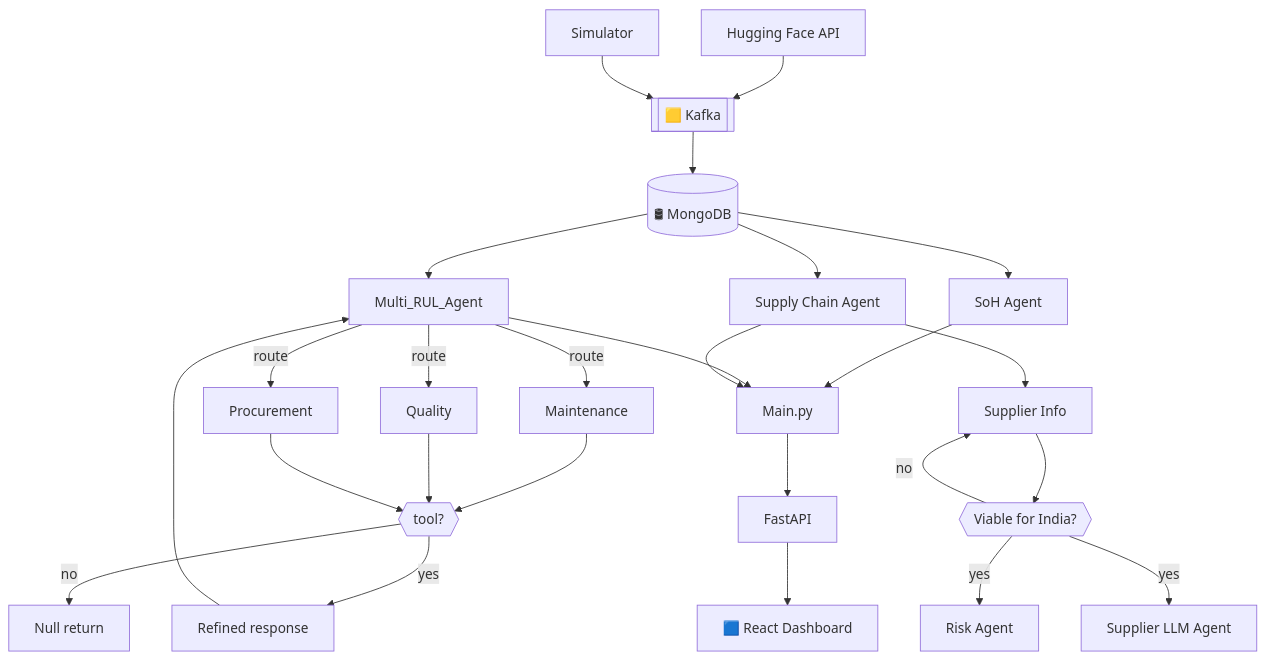
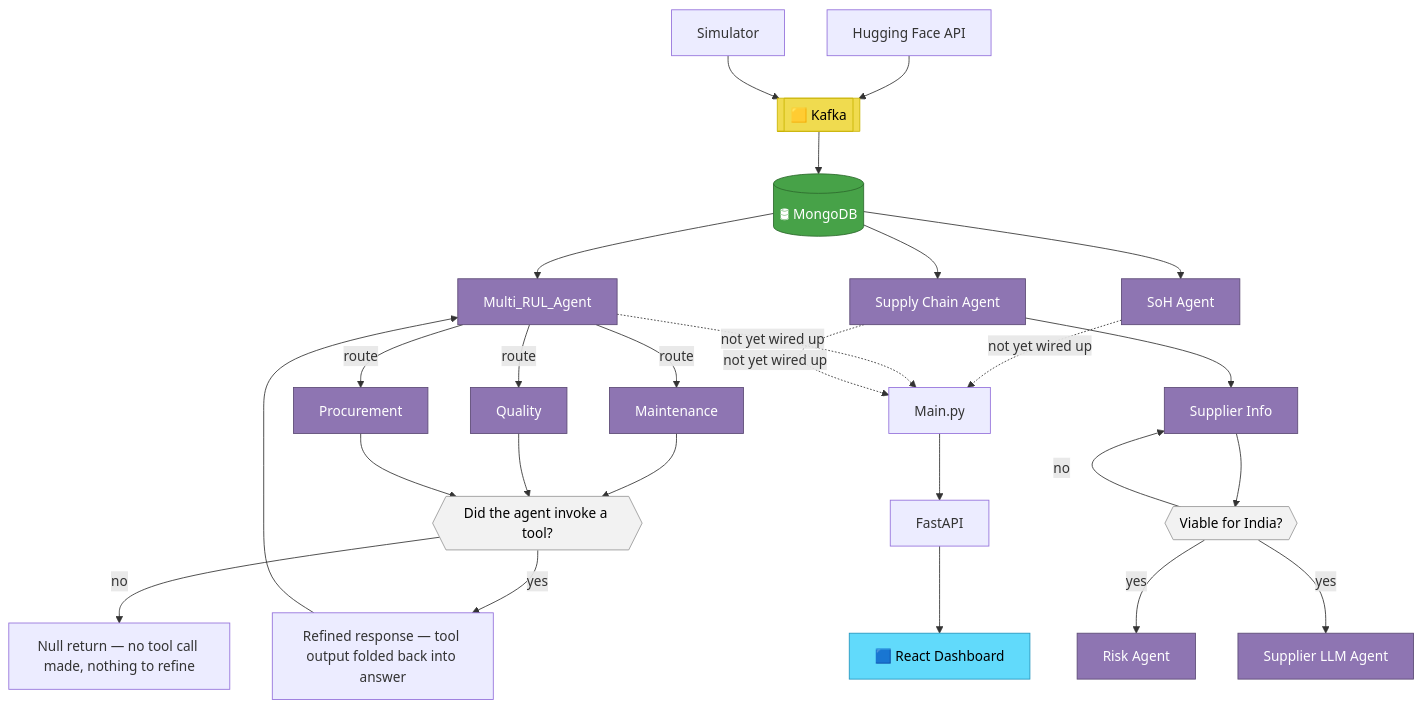
The diagram in README.md (Arsh123344423/SkillCAD_EV_V1), drawn with Mermaid before and after one commit. The commit also changed other lines of this file, not shown here.

````diff
--- a/README.md
+++ b/README.md
@@ -33,20 +34,29 @@
 ```mermaid
 flowchart TB
     HF["Hugging Face API"] --> KAFKA[["🟨 Kafka"]]
     SIM["Simulator"] --> KAFKA
     KAFKA --> MONGO[("🛢 MongoDB")]
-
     MONGO --> SOH["SoH Agent"]
     MONGO --> RUL["Multi_RUL_Agent"]
     RUL -->|route| MAINT["Maintenance"] & QUAL["Quality"] & PROC["Procurement"]
-    MAINT & QUAL & PROC --> DEC1{{"tool?"}}
-    DEC1 -->|no| NULLV["Null return"]
-    DEC1 -->|yes| REFINE["Refined response"] --> RUL
-
+    MAINT & QUAL & PROC --> DEC1{{"Did the agent invoke a tool?"}}
+    DEC1 -->|no| NULLV["Null return — no tool call made, nothing to refine"]
+    DEC1 -->|yes| REFINE["Refined response — tool output folded back into answer"] --> RUL
     MONGO --> SCM["Supply Chain Agent"]
     SCM --> SUPINFO["Supplier Info"] --> DEC2{{"Viable for India?"}}
     DEC2 -->|yes| RISK["Risk Agent"] & SUPLLM["Supplier LLM Agent"]
     DEC2 -->|no| SUPINFO
+    SOH & RUL & SCM -.->|not yet wired up| MAINP["Main.py"] --> API["FastAPI"] --> REACT["🟦 React Dashboard"]
 
-    SOH & RUL & SCM --> MAINP["Main.py"] --> API["FastAPI"] --> REACT["🟦 React Dashboard"]
+    classDef llmAgent fill:#8E75B2,color:#fff,stroke:#5c4a75;
+    classDef db fill:#47A248,color:#fff,stroke:#2d6b2d;
+    classDef stream fill:#F0DB4F,color:#000,stroke:#c9b400;
+    classDef decision fill:#f2f2f2,color:#000,stroke:#999;
+    classDef frontend fill:#61DAFB,color:#000,stroke:#2596be;
+
+    class SOH,RUL,MAINT,QUAL,PROC,SCM,SUPINFO,RISK,SUPLLM llmAgent;
+    class MONGO db;
+    class KAFKA stream;
+    class DEC1,DEC2 decision;
+    class REACT frontend;
 ```
````
